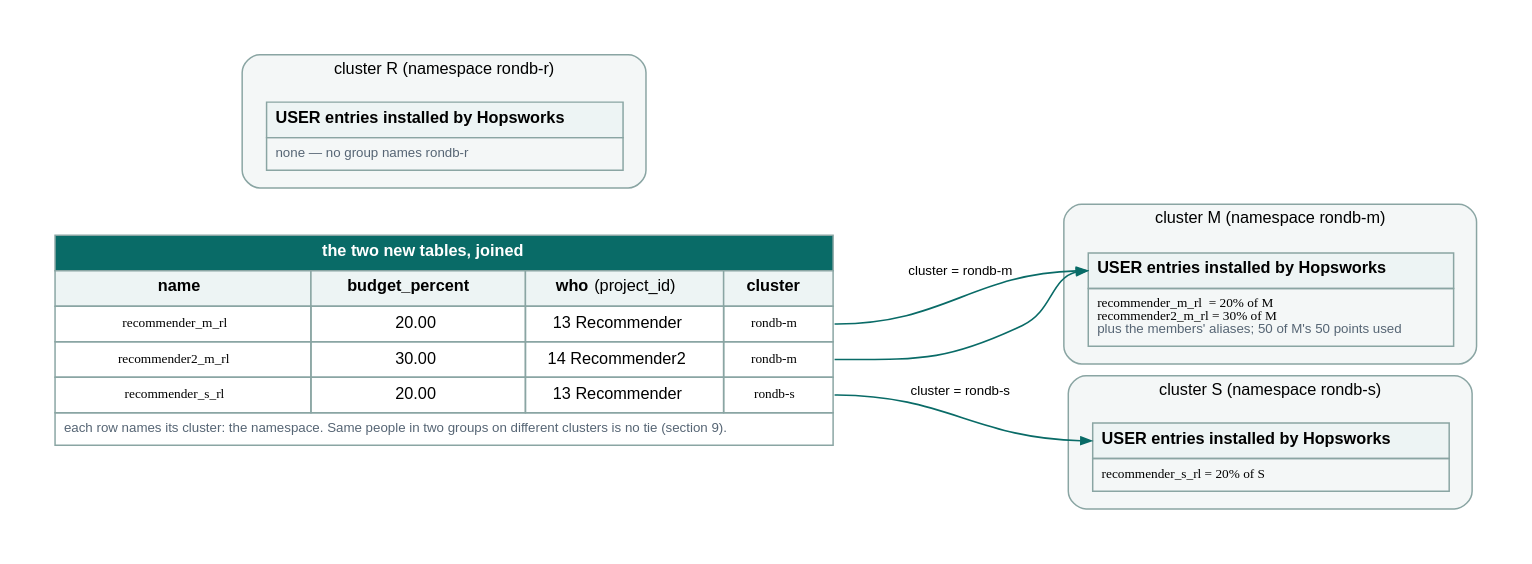
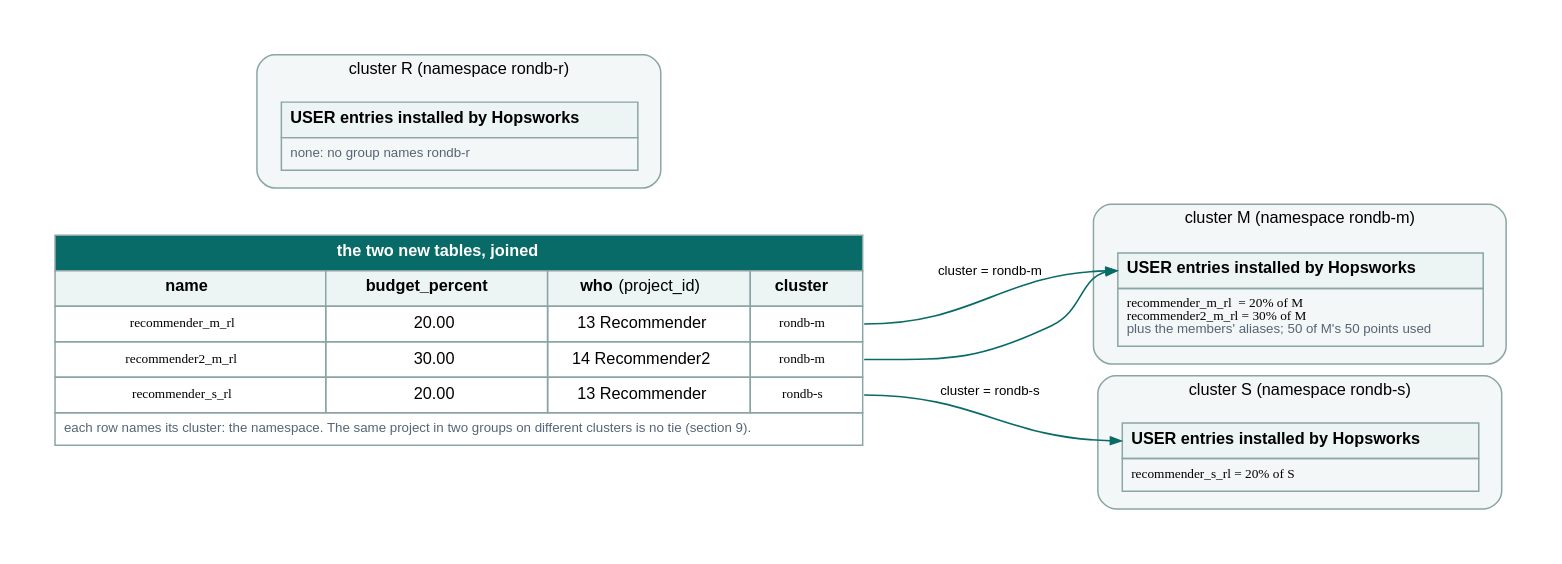
Before and after one commit to logicalclocks/rondb: the diagram in storage/ndb/rest-server2/server/docs/rate-limit-groups/img/v2/multi-cluster.dot, drawn with Graphviz. The commit also changed 32 other files, not shown here.

```diff
--- a/storage/ndb/rest-server2/server/docs/rate-limit-groups/img/v2/multi-cluster.dot
+++ b/storage/ndb/rest-server2/server/docs/rate-limit-groups/img/v2/multi-cluster.dot
@@ -1,45 +1,45 @@
 digraph multi {
   rankdir=LR;
   graph [fontname="Helvetica", fontsize=11, pad=0.3, nodesep=0.5, ranksep=1.0, bgcolor="white", compound=true];
   node  [shape=plaintext, fontname="Helvetica", fontsize=11];
   edge  [fontname="Helvetica", fontsize=9, color="#096b67", arrowsize=0.7, penwidth=1.1];
 
   groups [label=<
 <TABLE BORDER="0" CELLBORDER="1" CELLSPACING="0" CELLPADDING="5" COLOR="#8aa5a3">
  <TR><TD COLSPAN="4" BGCOLOR="#096b67"><FONT COLOR="white"><B>the two new tables, joined</B></FONT></TD></TR>
  <TR><TD BGCOLOR="#edf4f4"><B>name</B></TD><TD BGCOLOR="#edf4f4"><B>budget_percent</B></TD><TD BGCOLOR="#edf4f4"><B>who</B> (project_id)</TD><TD BGCOLOR="#edf4f4"><B>cluster</B></TD></TR>
  <TR><TD><FONT FACE="Menlo" POINT-SIZE="9">recommender_m_rl</FONT></TD><TD>20.00</TD><TD>13 Recommender</TD><TD PORT="r1"><FONT FACE="Menlo" POINT-SIZE="9">rondb-m</FONT></TD></TR>
  <TR><TD><FONT FACE="Menlo" POINT-SIZE="9">recommender2_m_rl</FONT></TD><TD>30.00</TD><TD>14 Recommender2</TD><TD PORT="r2"><FONT FACE="Menlo" POINT-SIZE="9">rondb-m</FONT></TD></TR>
  <TR><TD><FONT FACE="Menlo" POINT-SIZE="9">recommender_s_rl</FONT></TD><TD>20.00</TD><TD>13 Recommender</TD><TD PORT="r3"><FONT FACE="Menlo" POINT-SIZE="9">rondb-s</FONT></TD></TR>
- <TR><TD COLSPAN="4" ALIGN="LEFT"><FONT POINT-SIZE="9" COLOR="#566574">each row names its cluster: the namespace. Same people in two groups on different clusters is no tie (section 9).</FONT></TD></TR>
+ <TR><TD COLSPAN="4" ALIGN="LEFT"><FONT POINT-SIZE="9" COLOR="#566574">each row names its cluster: the namespace. The same project in two groups on different clusters is no tie (section 9).</FONT></TD></TR>
 </TABLE>>];
 
   subgraph cluster_M {
     label="cluster M (namespace rondb-m)"; style="rounded,filled"; fillcolor="#f4f7f7"; color="#8aa5a3"; fontname="Helvetica"; fontsize=11;
     userM [label=<
 <TABLE BORDER="0" CELLBORDER="1" CELLSPACING="0" CELLPADDING="5" COLOR="#8aa5a3">
  <TR><TD PORT="in" BGCOLOR="#edf4f4" ALIGN="LEFT"><B>USER entries installed by Hopsworks</B></TD></TR>
  <TR><TD ALIGN="LEFT"><FONT FACE="Menlo" POINT-SIZE="9">recommender_m_rl  = 20% of M<BR ALIGN="LEFT"/>recommender2_m_rl = 30% of M</FONT><BR ALIGN="LEFT"/><FONT POINT-SIZE="9" COLOR="#566574">plus the members' aliases; 50 of M's 50 points used</FONT></TD></TR>
 </TABLE>>];
   }
   subgraph cluster_S {
     label="cluster S (namespace rondb-s)"; style="rounded,filled"; fillcolor="#f4f7f7"; color="#8aa5a3"; fontname="Helvetica"; fontsize=11;
     userS [label=<
 <TABLE BORDER="0" CELLBORDER="1" CELLSPACING="0" CELLPADDING="5" COLOR="#8aa5a3">
  <TR><TD PORT="in" BGCOLOR="#edf4f4" ALIGN="LEFT"><B>USER entries installed by Hopsworks</B></TD></TR>
  <TR><TD ALIGN="LEFT"><FONT FACE="Menlo" POINT-SIZE="9">recommender_s_rl = 20% of S</FONT></TD></TR>
 </TABLE>>];
   }
   subgraph cluster_R {
     label="cluster R (namespace rondb-r)"; style="rounded,filled"; fillcolor="#f4f7f7"; color="#8aa5a3"; fontname="Helvetica"; fontsize=11;
     userR [label=<
 <TABLE BORDER="0" CELLBORDER="1" CELLSPACING="0" CELLPADDING="5" COLOR="#8aa5a3">
  <TR><TD BGCOLOR="#edf4f4" ALIGN="LEFT"><B>USER entries installed by Hopsworks</B></TD></TR>
- <TR><TD ALIGN="LEFT"><FONT POINT-SIZE="9" COLOR="#566574">none — no group names rondb-r</FONT></TD></TR>
+ <TR><TD ALIGN="LEFT"><FONT POINT-SIZE="9" COLOR="#566574">none: no group names rondb-r</FONT></TD></TR>
 </TABLE>>];
   }
 
   groups:r1:e -> userM:in:w [label="cluster = rondb-m"];
   groups:r2:e -> userM:in:w;
   groups:r3:e -> userS:in:w [label="cluster = rondb-s"];
 }
```
